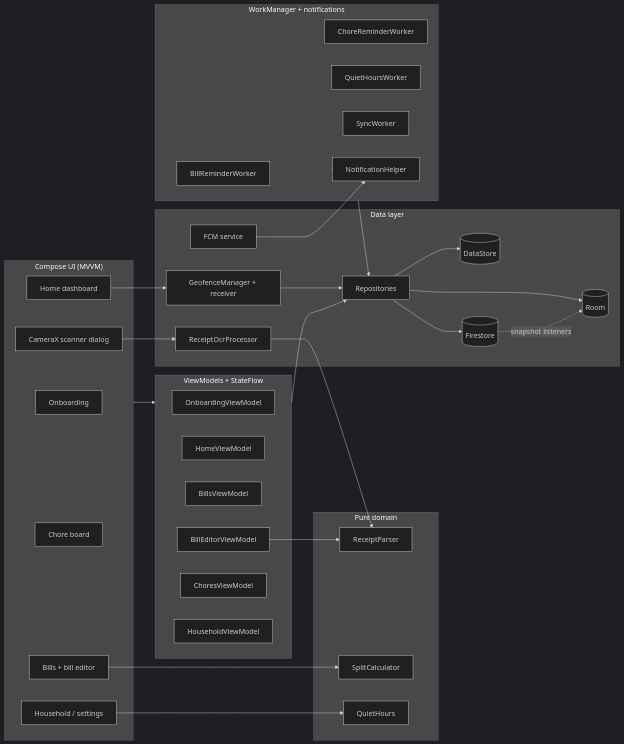
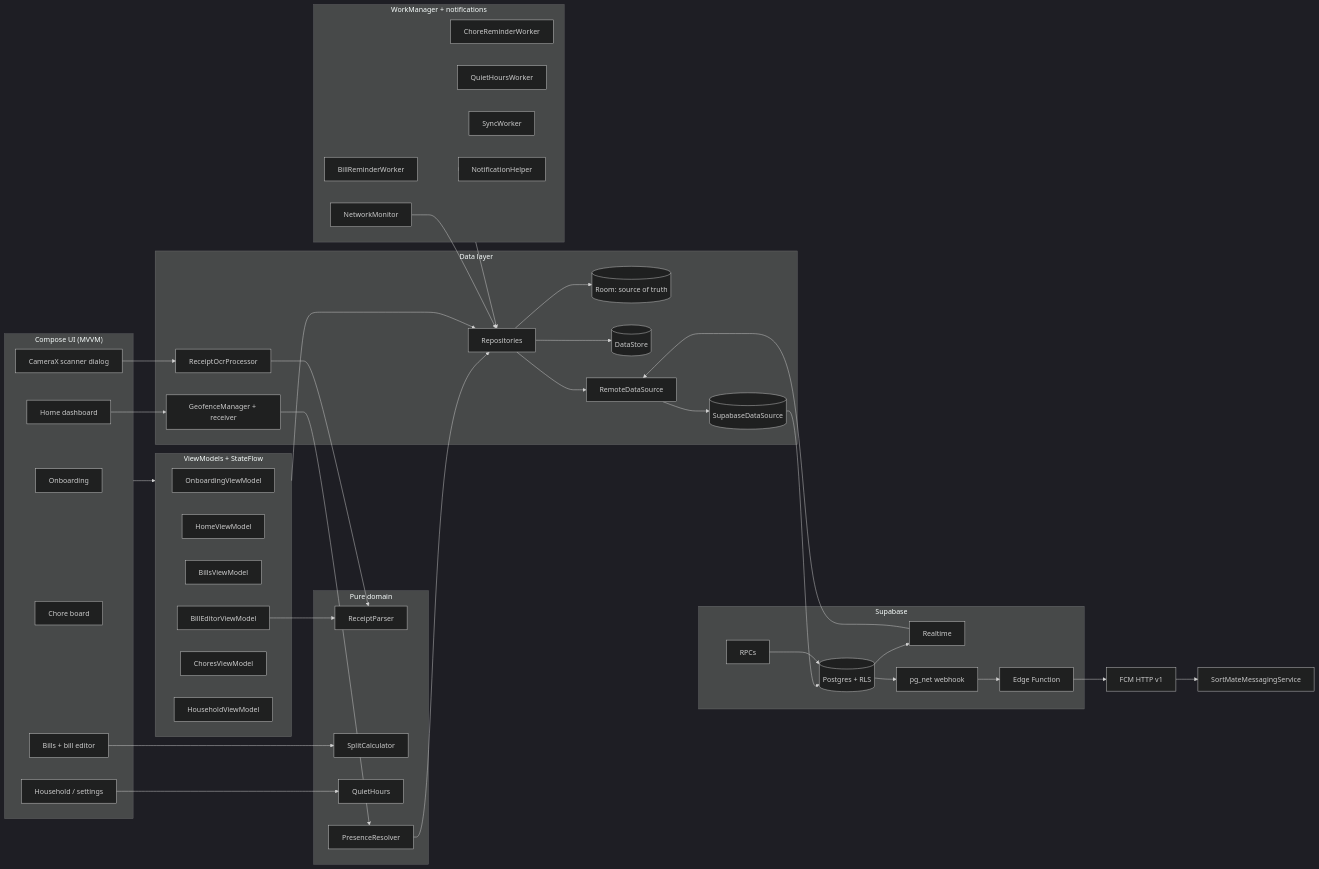
Before and after one commit to Koe-byte/SortMate: the first of 5 diagrams in docs/ARCHITECTURE.md, drawn with Mermaid (dark theme). The commit also changed other lines of this file and 87 other files, not shown here.

First line of the commit message:
feat(sync): migrate household sync to supabase and add campus presence

````diff
--- a/docs/ARCHITECTURE.md
+++ b/docs/ARCHITECTURE.md
@@ -21,59 +24,75 @@
 ```mermaid
 flowchart LR
     subgraph UI["Compose UI (MVVM)"]
         OB[Onboarding]
         HOME[Home dashboard]
         BILLS[Bills + bill editor]
         CHORES[Chore board]
         HOUSE[Household / settings]
         SCAN[CameraX scanner dialog]
     end
 
     subgraph VM["ViewModels + StateFlow"]
         OVM[OnboardingViewModel]
         HVM[HomeViewModel]
         BVM[BillsViewModel]
         EVM[BillEditorViewModel]
         CVM[ChoresViewModel]
         HHVM[HouseholdViewModel]
     end
 
     subgraph DOM["Pure domain"]
         PARSER[ReceiptParser]
         SPLIT[SplitCalculator]
         QH[QuietHours]
+        PRESENCE[PresenceResolver]
     end
 
     subgraph DATA["Data layer"]
         REPO[Repositories]
-        ROOM[(Room)]
+        ROOM[(Room: source of truth)]
         PREFS[(DataStore)]
         OCR[ReceiptOcrProcessor]
         GEO[GeofenceManager + receiver]
-        FIRE[(Firestore)]
-        FCM[FCM service]
+        REMOTE[RemoteDataSource]
+        SB[(SupabaseDataSource)]
+    end
+
+    subgraph CLOUD["Supabase"]
+        PG[(Postgres + RLS)]
+        RT[Realtime]
+        RPC[RPCs]
+        WH[pg_net webhook]
+        EF[Edge Function]
     end
 
     subgraph BG["WorkManager + notifications"]
         BILLW[BillReminderWorker]
         CHOREW[ChoreReminderWorker]
         QUIETW[QuietHoursWorker]
         SYNCW[SyncWorker]
+        NET[NetworkMonitor]
         NOTIF[NotificationHelper]
     end
 
     UI --> VM --> REPO
     SCAN --> OCR --> PARSER
     EVM --> PARSER
     REPO --> ROOM
-    REPO --> FIRE
+    REPO --> REMOTE
+    REMOTE --> SB
+    SB --> PG
+    PG --> RT
+    RT --> REMOTE
+    RPC --> PG
+    PG --> WH --> EF --> FCM[FCM HTTP v1]
+    FCM --> APP[SortMateMessagingService]
     REPO --> PREFS
     HOME --> GEO
-    GEO --> REPO
-    FCM --> NOTIF
-    FIRE -. snapshot listeners .-> ROOM
+    GEO --> PRESENCE --> REPO
+    NET --> REPO
     BG --> NOTIF
     BG --> REPO
     BILLS --> SPLIT
     HOUSE --> QH
 ```
````
